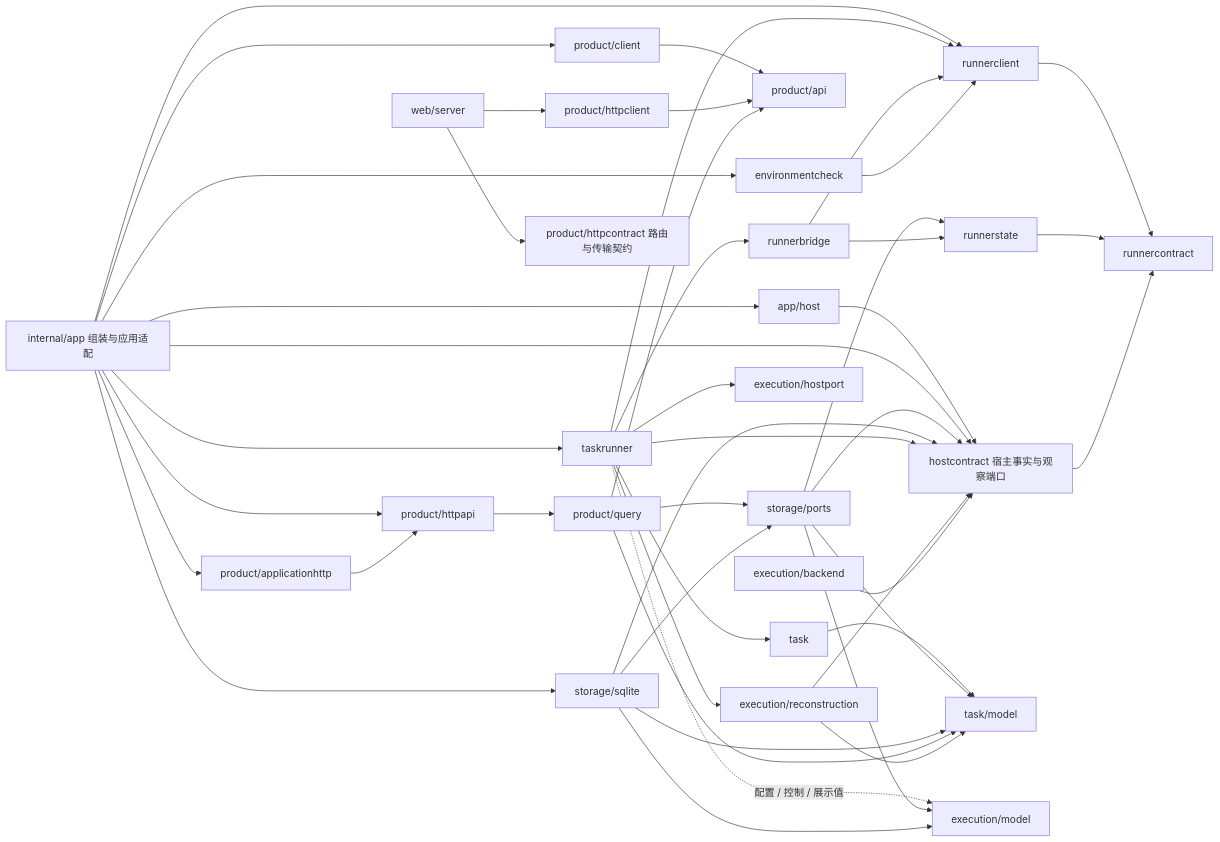
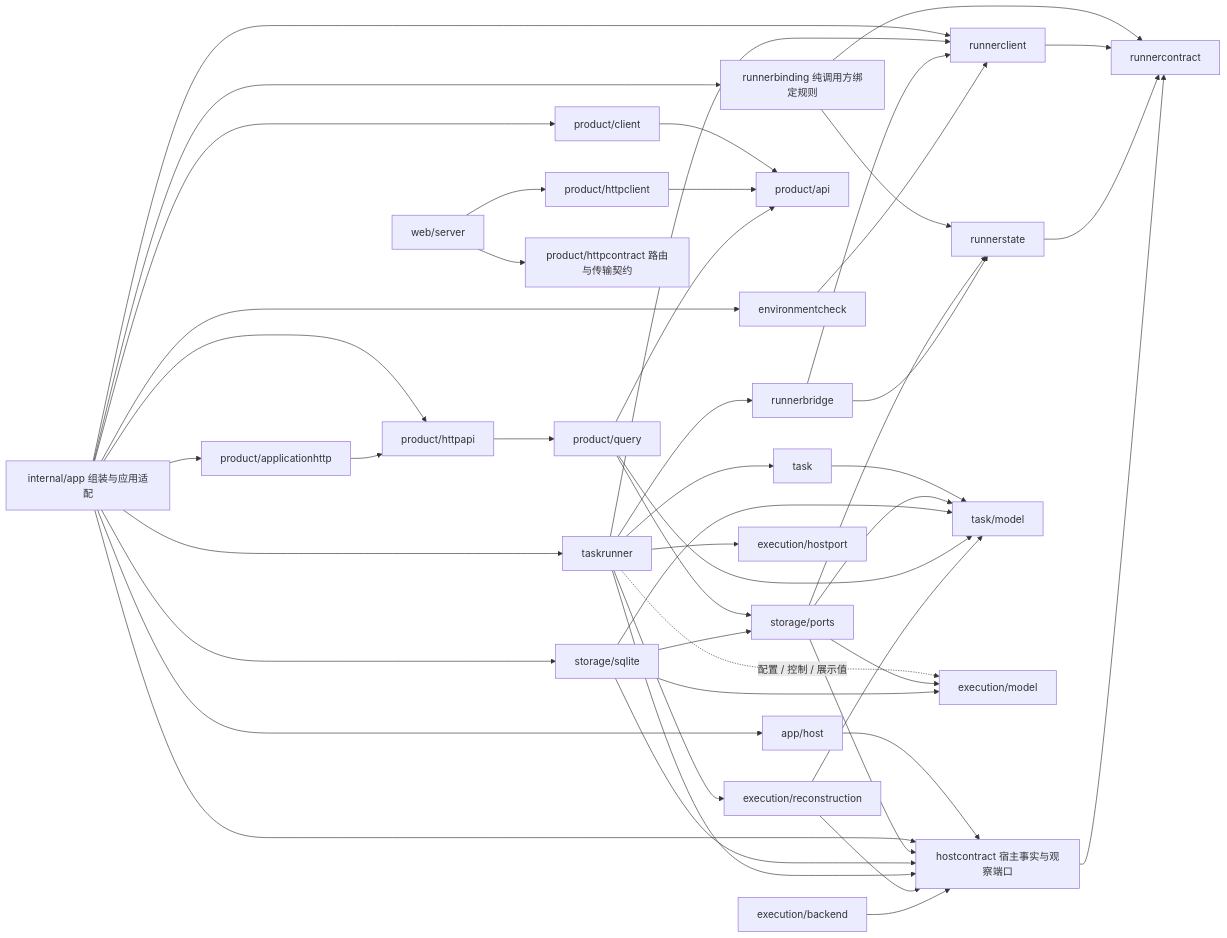
Before and after one commit to erranliu/SteerLine: the second of 3 diagrams in docs/architecture/current-code-architecture.md, drawn with Mermaid. The commit also changed other lines of this file and 32 other files, not shown here.

````diff
--- a/docs/architecture/current-code-architecture.md
+++ b/docs/architecture/current-code-architecture.md
@@ -52,47 +54,50 @@
 ```mermaid
 flowchart LR
     App[internal/app 组装与应用适配] --> Host[app/host]
     Host --> HS[hostcontract 宿主事实与观察端口]
     App --> HS
     App --> AH[product/applicationhttp]
     App --> HA[product/httpapi]
     App --> Client[product/client]
     App --> TaskRunner[taskrunner]
     App --> SQLite[storage/sqlite]
     App --> RC[runnerclient]
     App --> EC[environmentcheck]
+    App --> RB[runnerbinding 纯调用方绑定规则]
+    RB --> Contract[runnercontract]
+    RB --> RS[runnerstate]
     WebServer[web/server] --> HC[product/httpclient]
     WebServer --> HContract[product/httpcontract 路由与传输契约]
     AH --> HA
     HA --> Q[product/query]
     Client --> API[product/api]
     HC --> API
     Q --> API
     Q --> Ports[storage/ports]
     SQLite --> Ports
     Ports --> RS
     TaskRunner --> Task[task]
     Task --> TM[task/model]
     Ports --> TM
     Ports --> HS
     SQLite --> TM
     SQLite --> HS
     Q --> TM
     TaskRunner --> Bridge[runnerbridge]
     TaskRunner --> RC
     Bridge --> RC
     EC --> RC
     RC --> Contract[runnercontract]
     Bridge --> RS[runnerstate]
     RS --> Contract
     TaskRunner -. 配置 / 控制 / 展示值 .-> EM[execution/model]
     TaskRunner --> Recon[execution/reconstruction]
     TaskRunner --> HP[execution/hostport]
     TaskRunner --> HS
     Recon --> HS
     Recon --> TM
     EB[execution/backend] --> HS
     HS --> Contract
     Ports --> EM
     SQLite --> EM
 ```
````
